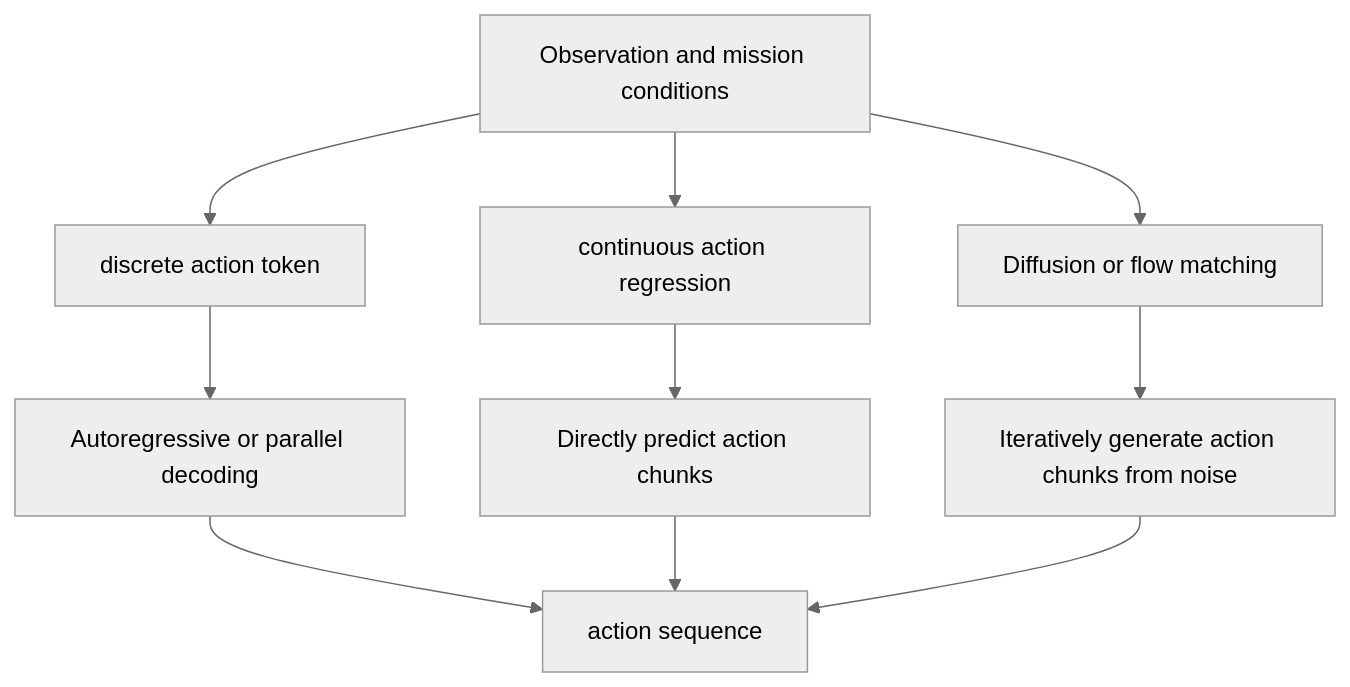
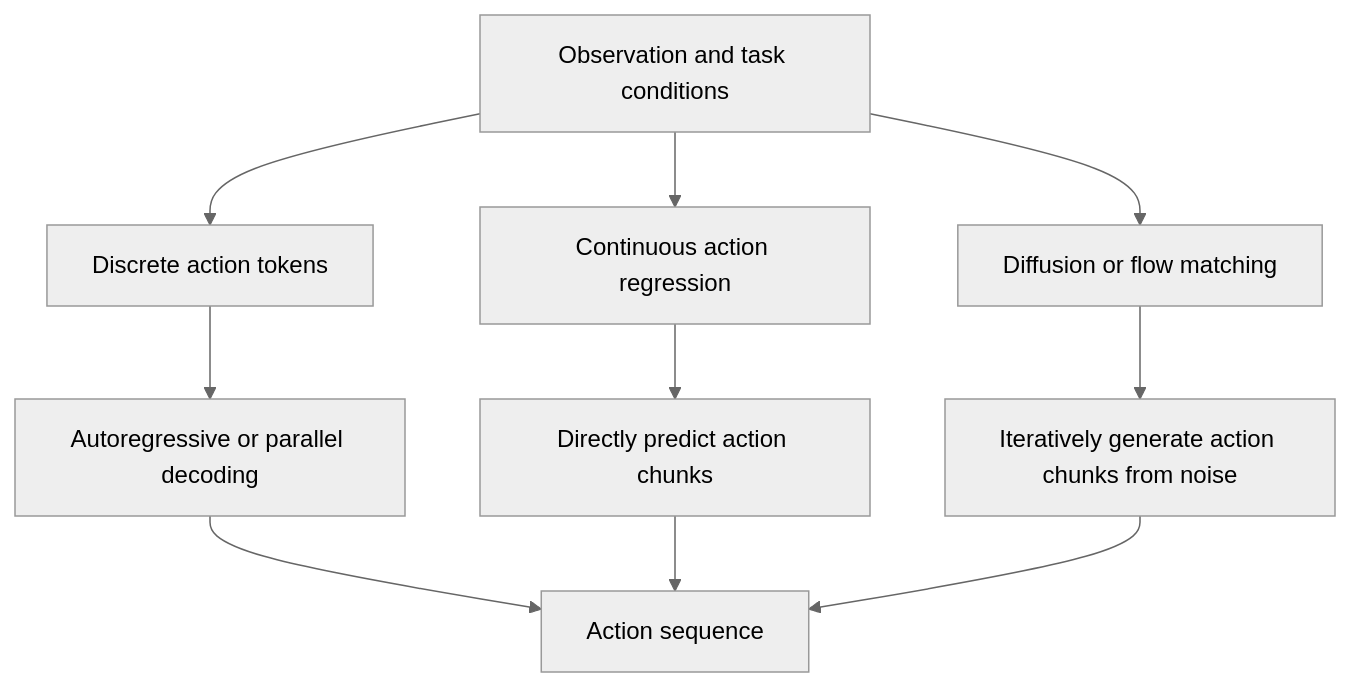
The second of 2 diagrams in _translations/en/research/VLA-Survey.md (TingdeLiu/tingdeliu.github.io), drawn with Mermaid (neutral theme) before and after one commit. The commit also changed other lines of this file and 51 other files, not shown here.

````diff
--- a/_translations/en/research/VLA-Survey.md
+++ b/_translations/en/research/VLA-Survey.md
@@ -121,12 +121,12 @@
 ```mermaid
 flowchart TB
-    C["Observation and mission conditions"] --> T["discrete action token"]
-    C --> R["continuous action regression"]
+    C["Observation and task conditions"] --> T["Discrete action tokens"]
+    C --> R["Continuous action regression"]
     C --> D["Diffusion or flow matching"]
     T --> T1["Autoregressive or parallel decoding"]
     R --> R1["Directly predict action chunks"]
     D --> D1["Iteratively generate action chunks from noise"]
-    T1 --> A["action sequence"]
+    T1 --> A["Action sequence"]
     R1 --> A
     D1 --> A
 ```
````
